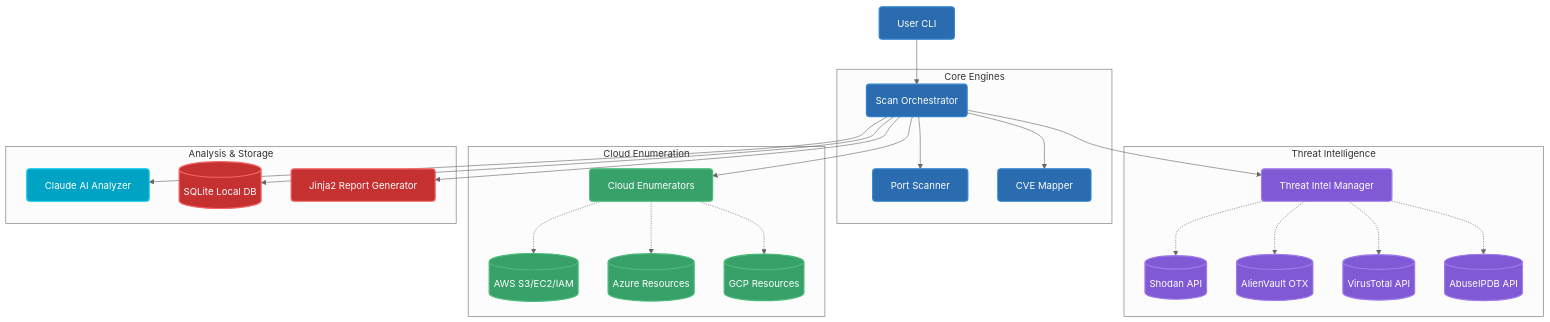
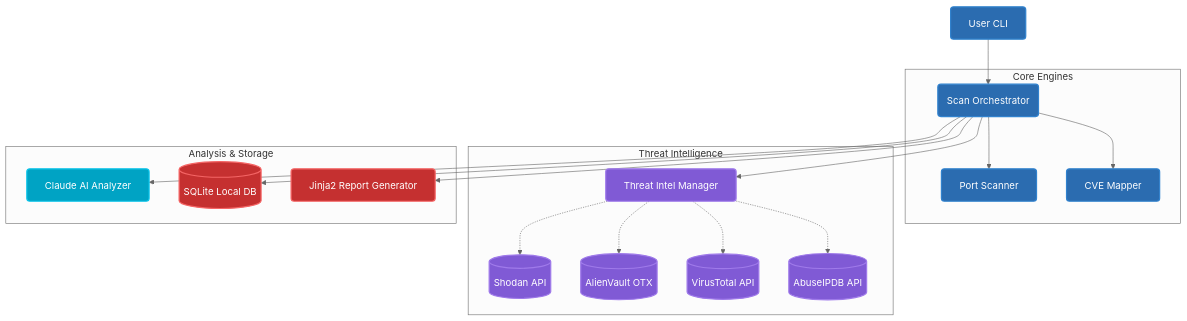
The diagram in README.md (shlok926/SentinelReconAI), drawn with Mermaid (neutral theme) before and after one commit. The commit also changed other lines of this file and 1 other file, not shown here.

Commit message:
docs: Revert README and hero banner to v1.5 (moved cloud to future scope)

````diff
--- a/README.md
+++ b/README.md
@@ -89,36 +87,28 @@
 ```mermaid
 graph TD
     classDef core fill:#2b6cb0,stroke:#3182ce,stroke-width:2px,color:#fff,rx:5px
     classDef intel fill:#805ad5,stroke:#9f7aea,stroke-width:2px,color:#fff,rx:5px
     classDef ai fill:#00a3c4,stroke:#0bc5ea,stroke-width:2px,color:#fff,rx:5px
     classDef data fill:#c53030,stroke:#f56565,stroke-width:2px,color:#fff,rx:5px
-    classDef cloud fill:#38a169,stroke:#48bb78,stroke-width:2px,color:#fff,rx:5px
 
     U[User CLI]:::core --> O(Scan Orchestrator):::core
     
     subgraph Core Engines
         O --> PS[Port Scanner]:::core
         O --> CM[CVE Mapper]:::core
     end
     
     subgraph Threat Intelligence
         O --> TI[Threat Intel Manager]:::intel
         TI -.-> SH[(Shodan API)]:::intel
         TI -.-> OT[(AlienVault OTX)]:::intel
         TI -.-> VT[(VirusTotal API)]:::intel
         TI -.-> AB[(AbuseIPDB API)]:::intel
     end
     
-    subgraph Cloud Enumeration
-        O --> CE[Cloud Enumerators]:::cloud
-        CE -.-> AWS[(AWS S3/EC2/IAM)]:::cloud
-        CE -.-> AZ[(Azure Resources)]:::cloud
-        CE -.-> GCP[(GCP Resources)]:::cloud
-    end
-    
     subgraph Analysis & Storage
         O --> AI[Claude AI Analyzer]:::ai
         O --> DB[(SQLite Local DB)]:::data
         O --> RG[Jinja2 Report Generator]:::data
     end
 ```
````
